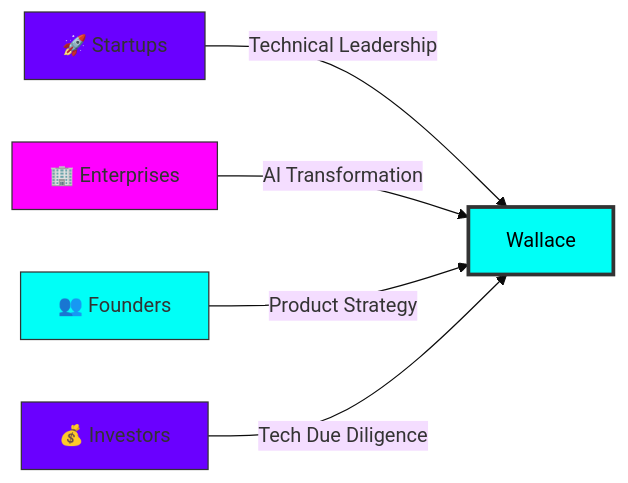
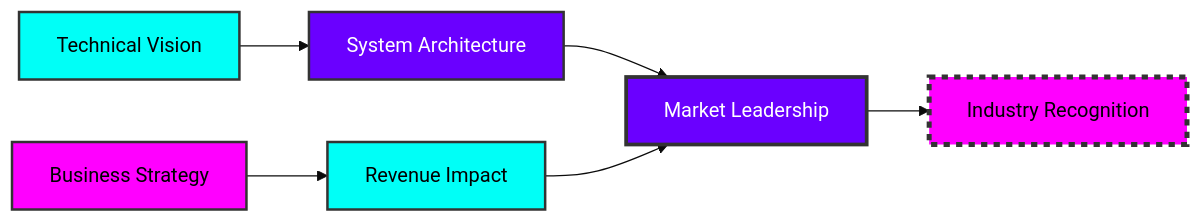
One commit to wallaceokeke/wallaceokeke changed the third of 3 diagrams in README.md. Above: the diagram before and after it, drawn with Mermaid (base theme). The commit also changed other lines of this file, not shown here.

````diff
--- a/README.md
+++ b/README.md
@@ -242,13 +237,15 @@
 ```mermaid
 graph LR
-    Startups[🚀 Startups] -->|Technical Leadership| Me[Wallace];
-    Enterprises[🏢 Enterprises] -->|AI Transformation| Me;
-    Founders[👥 Founders] -->|Product Strategy| Me;
-    Investors[💰 Investors] -->|Tech Due Diligence| Me;
+    A[Technical Vision] --> B[System Architecture];
+    C[Business Strategy] --> D[Revenue Impact];
+    B --> E[Market Leadership];
+    D --> E;
+    E --> F[Industry Recognition];
     
-    style Me fill:#00fff7,stroke:#333,stroke-width:3px,color:#000
-    style Startups fill:#6a00ff,stroke:#333
-    style Enterprises fill:#ff00ff,stroke:#333
-    style Founders fill:#00fff7,stroke:#333
-    style Investors fill:#6a00ff,stroke:#333
+    style A fill:#00fff7,stroke:#333,stroke-width:2px,color:#000
+    style B fill:#6a00ff,stroke:#333,stroke-width:2px,color:#fff
+    style C fill:#ff00ff,stroke:#333,stroke-width:2px,color:#000
+    style D fill:#00fff7,stroke:#333,stroke-width:2px,color:#000
+    style E fill:#6a00ff,stroke:#333,stroke-width:3px,color:#fff
+    style F fill:#ff00ff,stroke:#333,stroke-width:4px,color:#000,stroke-dasharray: 5 5
 ```
````
